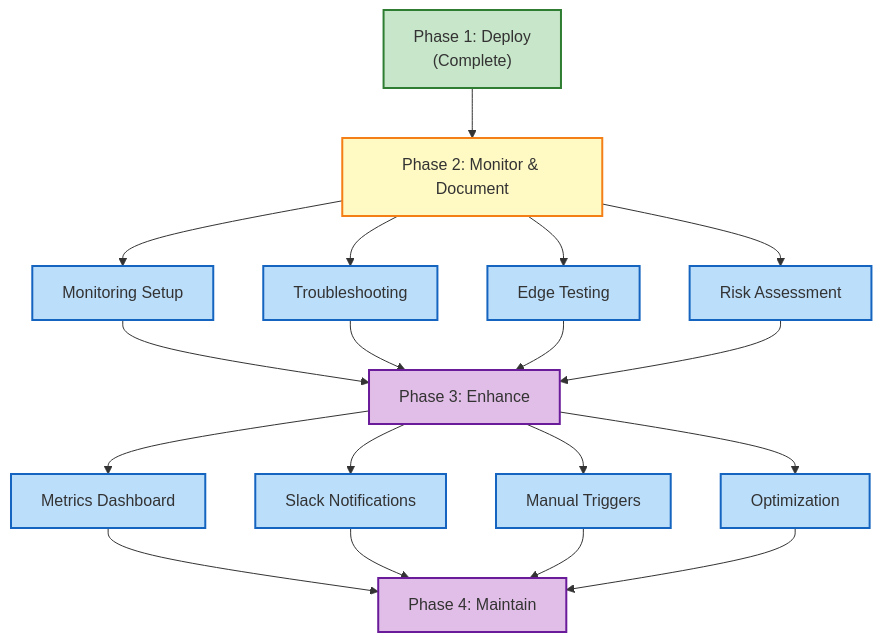
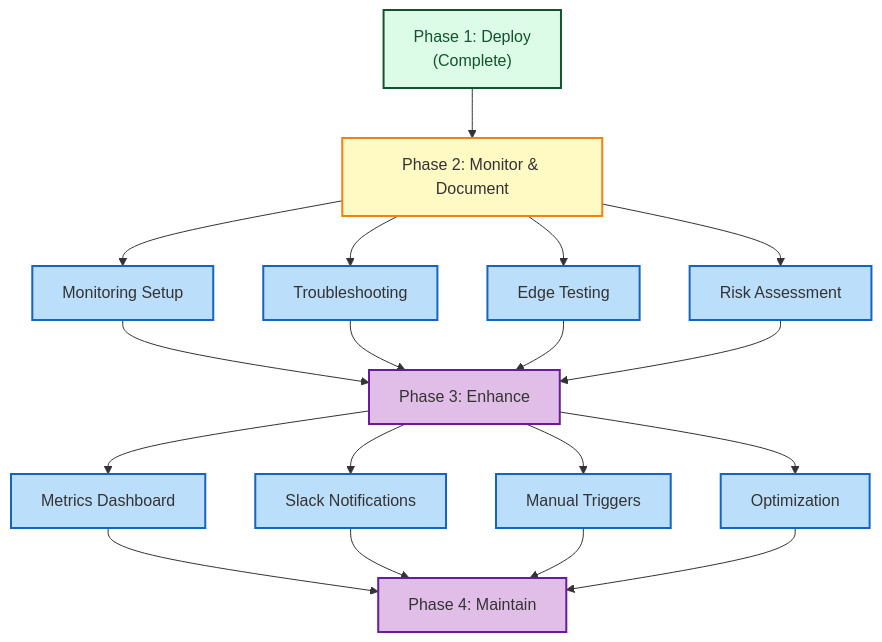
Before and after one commit to lightspeedwp/.github: the diagram in .github/projects/active/milestone-automation/ROADMAP.md, drawn with Mermaid. The commit also changed 181 other files, not shown here.

Commit message:
docs: maintenance updates (Mermaid + staleness)

````diff
--- a/.github/projects/active/milestone-automation/ROADMAP.md
+++ b/.github/projects/active/milestone-automation/ROADMAP.md
@@ -168,37 +168,37 @@
 ```mermaid
 graph TD
     accTitle: Milestone Automation Four-Phase Dependency Graph
     accDescr: Four-phase roadmap showing dependencies. Phase 1 deployment leads to Phase 2 with four areas (monitoring, troubleshooting, testing, risk), which converge to Phase 3 enhancements (dashboard, notifications, triggers, optimization), leading to Phase 4 maintenance.
     
     A["Phase 1: Deploy<br/>(Complete)"] --> B["Phase 2: Monitor & Document"]
     
     B --> B1["Monitoring Setup"]
     B --> B2["Troubleshooting"]
     B --> B3["Edge Testing"]
     B --> B4["Risk Assessment"]
     
     B1 --> C["Phase 3: Enhance"]
     B2 --> C
     B3 --> C
     B4 --> C
     
     C --> C1["Metrics Dashboard"]
     C --> C2["Slack Notifications"]
     C --> C3["Manual Triggers"]
     C --> C4["Optimization"]
     
     C1 --> D["Phase 4: Maintain"]
     C2 --> D
     C3 --> D
     C4 --> D
     
-    classDef complete fill:#C8E6C9,stroke:#2E7D32,stroke-width:2px
+    classDef complete fill:#dcfce7,stroke:#14532d,stroke-width:2px,color:#14532d
     classDef active fill:#FFF9C4,stroke:#F57F17,stroke-width:2px
     classDef planned fill:#E1BEE7,stroke:#6A1B9A,stroke-width:2px
     classDef task fill:#BBDEFB,stroke:#1565C0,stroke-width:2px
     
     class A complete
     class B active
     class C,D planned
     class B1,B2,B3,B4,C1,C2,C3,C4 task
 ```
````
